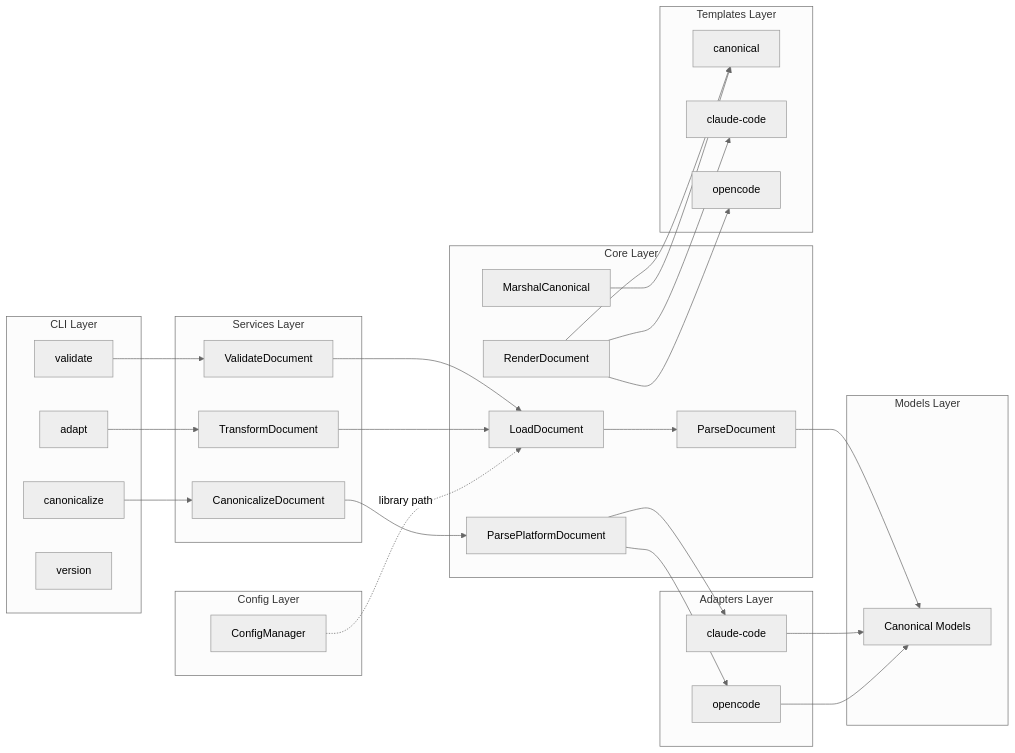
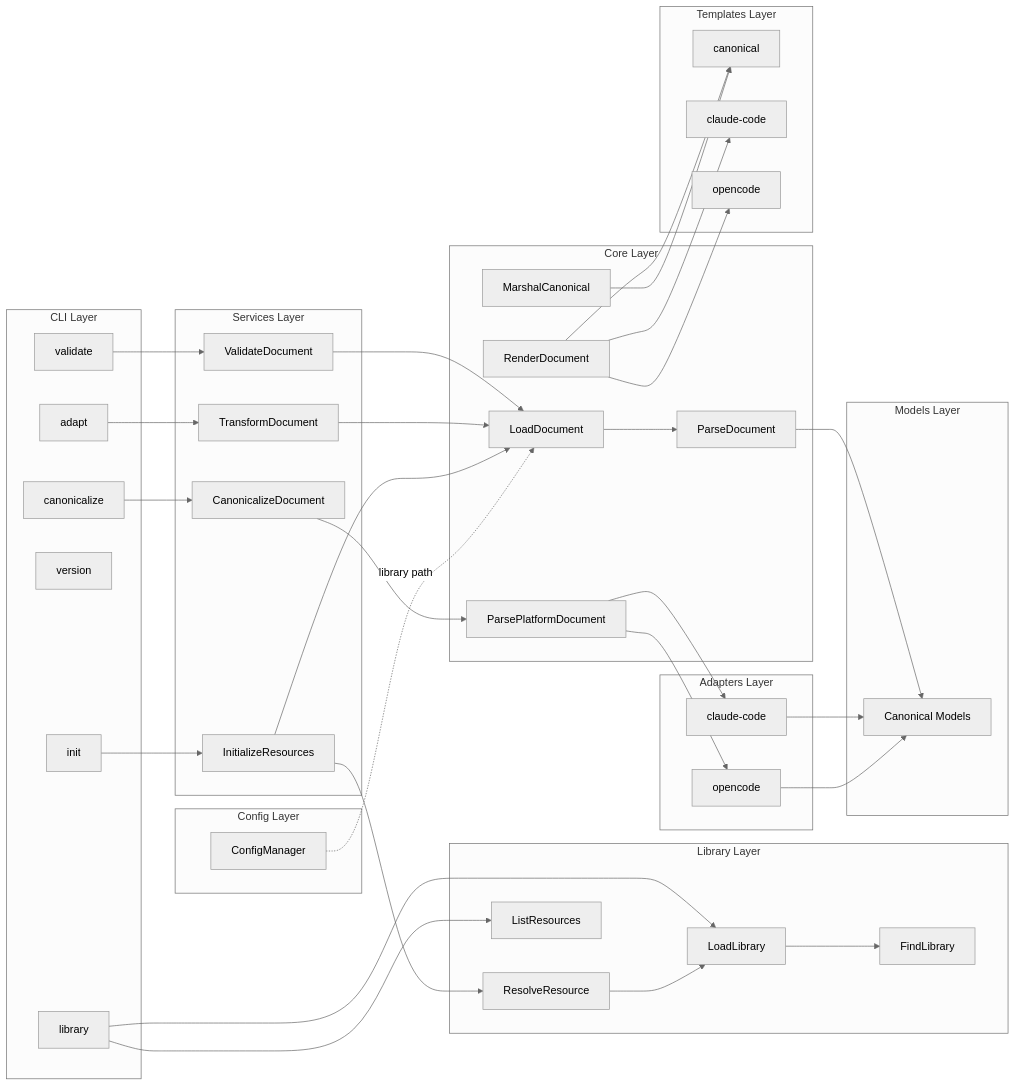
Before and after one commit to amauryconstant/germinator: the first of 2 diagrams in AGENTS.md, drawn with Mermaid (neutral theme). The commit also changed other lines of this file and 3 other files, not shown here.

First line of the commit message:
Add documentation for library system and init command

````diff
--- a/AGENTS.md
+++ b/AGENTS.md
@@ -7,60 +7,77 @@
 ```mermaid
 graph LR
     subgraph CLI[CLI Layer]
         V[validate]
         A[adapt]
         C[canonicalize]
         VER[version]
+        L[library]
+        I[init]
     end
 
     subgraph SVC[Services Layer]
         SV[ValidateDocument]
         ST[TransformDocument]
         SC[CanonicalizeDocument]
+        IN[InitializeResources]
+    end
+
+    subgraph LIB[Library Layer]
+        LL[LoadLibrary]
+        LR[ResolveResource]
+        LS[ListResources]
+        LD[FindLibrary]
     end
 
     subgraph CORE[Core Layer]
-        L[LoadDocument]
+        LDc[LoadDocument]
         P[ParseDocument]
         R[RenderDocument]
         MP[ParsePlatformDocument]
         MC[MarshalCanonical]
     end
 
     subgraph CFG[Config Layer]
         CM[ConfigManager]
     end
 
     subgraph ADP[Adapters Layer]
         ACC[claude-code]
         AOC[opencode]
     end
 
     subgraph MOD[Models Layer]
         MD[Canonical Models]
     end
 
     subgraph TPL[Templates Layer]
         TC[canonical]
         TCC[claude-code]
         TOC[opencode]
     end
 
     V --> SV
     A --> ST
     C --> SC
-    SV --> L
-    ST --> L
+    I --> IN
+    L --> LL
+    L --> LS
+    SV --> LDc
+    ST --> LDc
     SC --> MP
-    L --> P
+    IN --> LDc
+    IN --> LR
+    LR --> LL
+    LL --> LD
+    LDc --> P
     R --> TC
     R --> TCC
     R --> TOC
     MC --> TC
     P --> MD
     MP --> ACC
     MP --> AOC
     ACC --> MD
     AOC --> MD
-    CM -.->|library path| L
+    CM -.->|library path| LDc
 ```
````
